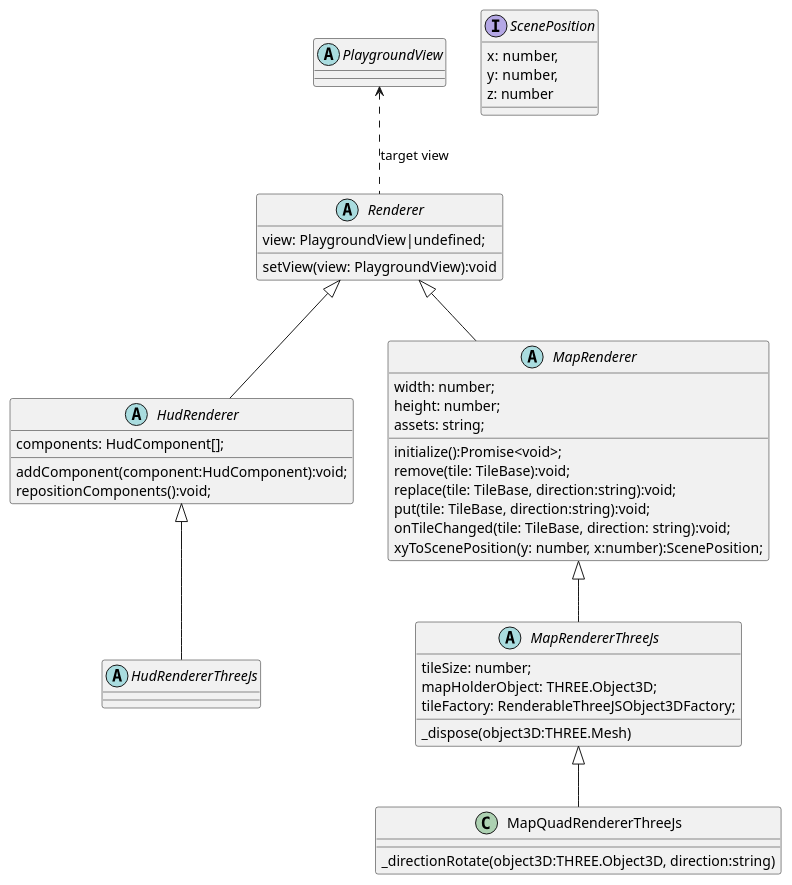
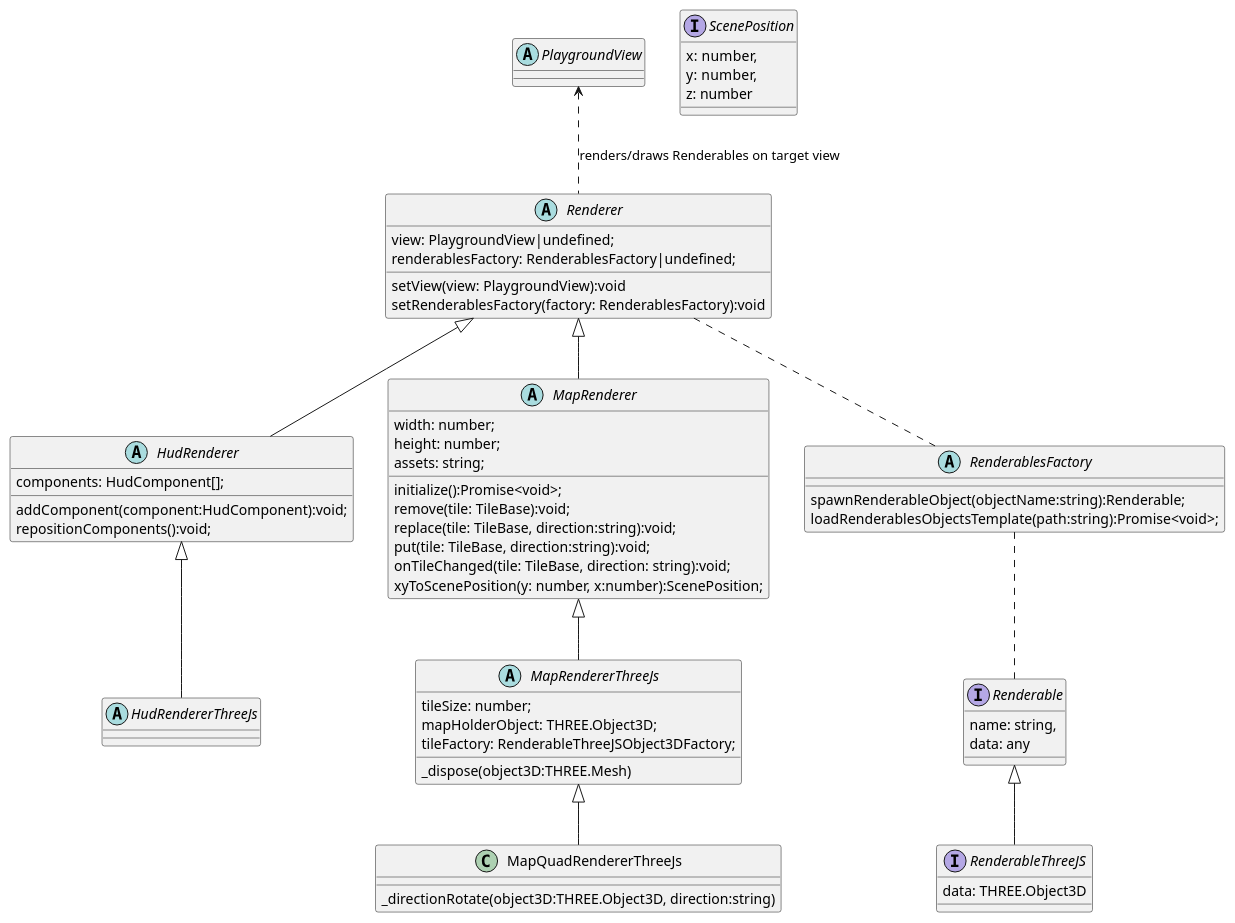
Before and after one commit to yentenobserver/gngine: the diagram in docs/renderer.model.puml, drawn with PlantUML. The commit also changed 3 other files, not shown here.

```diff
--- a/docs/renderer.model.puml
+++ b/docs/renderer.model.puml
@@ -1,59 +1,79 @@
 @startuml
 
 
 
 abstract class PlaygroundView {  }
 
 
 abstract class Renderer {
   view: PlaygroundView|undefined;
+  renderablesFactory: RenderablesFactory|undefined;
   {method} setView(view: PlaygroundView):void
+  {method} setRenderablesFactory(factory: RenderablesFactory):void
 }
 
 abstract class HudRenderer {
   components: HudComponent[];
   {method} addComponent(component:HudComponent):void;
   {method} repositionComponents():void;
 }
 
 abstract class HudRendererThreeJs {}
 
 abstract class MapRenderer {
   {field} width: number;
   {field} height: number;
   {field} assets: string;
 
   {method} initialize():Promise<void>;
   {method} remove(tile: TileBase):void;
   {method} replace(tile: TileBase, direction:string):void;
   {method} put(tile: TileBase, direction:string):void;
   {method} onTileChanged(tile: TileBase, direction: string):void;
   {method} xyToScenePosition(y: number, x:number):ScenePosition;
 }
 
 abstract class MapRendererThreeJs {
   tileSize: number;
   mapHolderObject: THREE.Object3D;
   tileFactory: RenderableThreeJSObject3DFactory;
 
   {method} _dispose(object3D:THREE.Mesh)
 }
 
 class MapQuadRendererThreeJs {
   {method} _directionRotate(object3D:THREE.Object3D, direction:string)
 }
 
+abstract class RenderablesFactory {
+  {method} spawnRenderableObject(objectName:string):Renderable;
+  {method} loadRenderablesObjectsTemplate(path:string):Promise<void>;
+}
+
+interface Renderable{
+  name: string,
+  data: any
+}
+
+interface RenderableThreeJS {
+  data: THREE.Object3D
+}
+
 interface ScenePosition {
   x: number,
   y: number,
   z: number
 }
 
-PlaygroundView <.. Renderer : target view
+PlaygroundView <.. Renderer : renders/draws Renderables on target view
 
 Renderer <|-- MapRenderer
 Renderer <|-- HudRenderer
 HudRenderer <|-- HudRendererThreeJs
 MapRenderer <|-- MapRendererThreeJs
 MapRendererThreeJs <|-- MapQuadRendererThreeJs
+Renderer .. RenderablesFactory
+RenderablesFactory .. Renderable
+
+Renderable <|-- RenderableThreeJS
 @enduml
```
